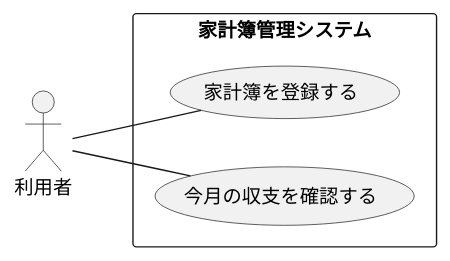
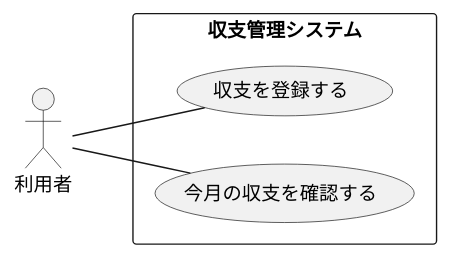
Before and after one commit to Leonis0813/chort: the diagram in adhafera/sphinx/requirements.rst, drawn with PlantUML. The commit also changed other lines of this file, not shown here.

```diff
--- a/adhafera/sphinx/requirements.rst
+++ b/adhafera/sphinx/requirements.rst
@@ -11,9 +11,9 @@
 .. uml::
 
    left to right direction
    skinparam packageStyle rect
    actor 利用者
-   rectangle 家計簿管理システム {
-     利用者 -- (家計簿を登録する)
+   rectangle 収支管理システム {
+     利用者 -- (収支を登録する)
      利用者 -- (今月の収支を確認する)
    }
```
